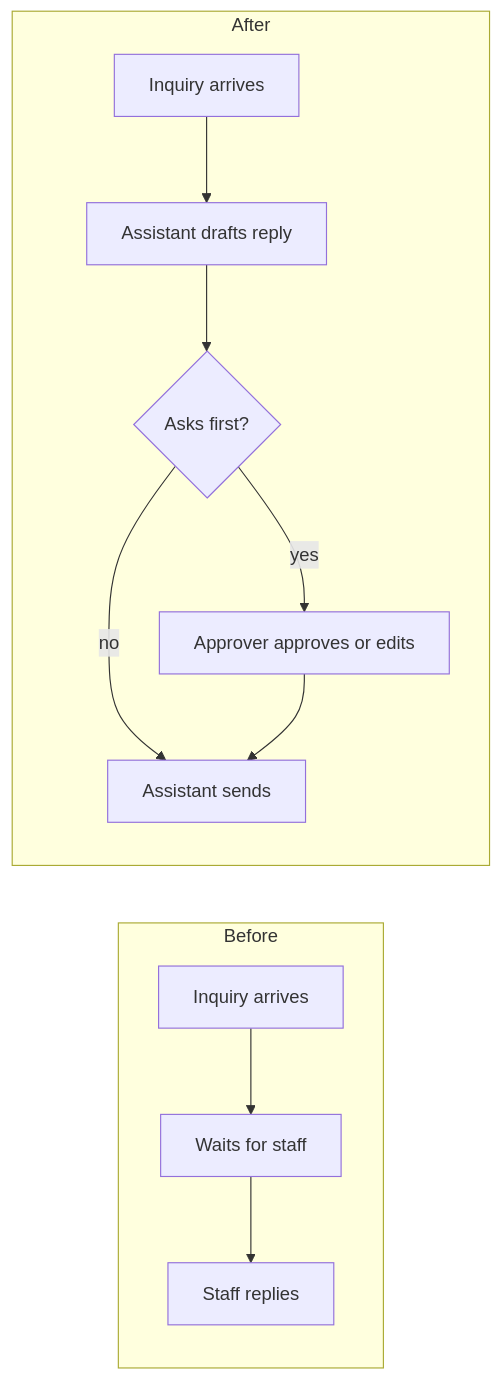
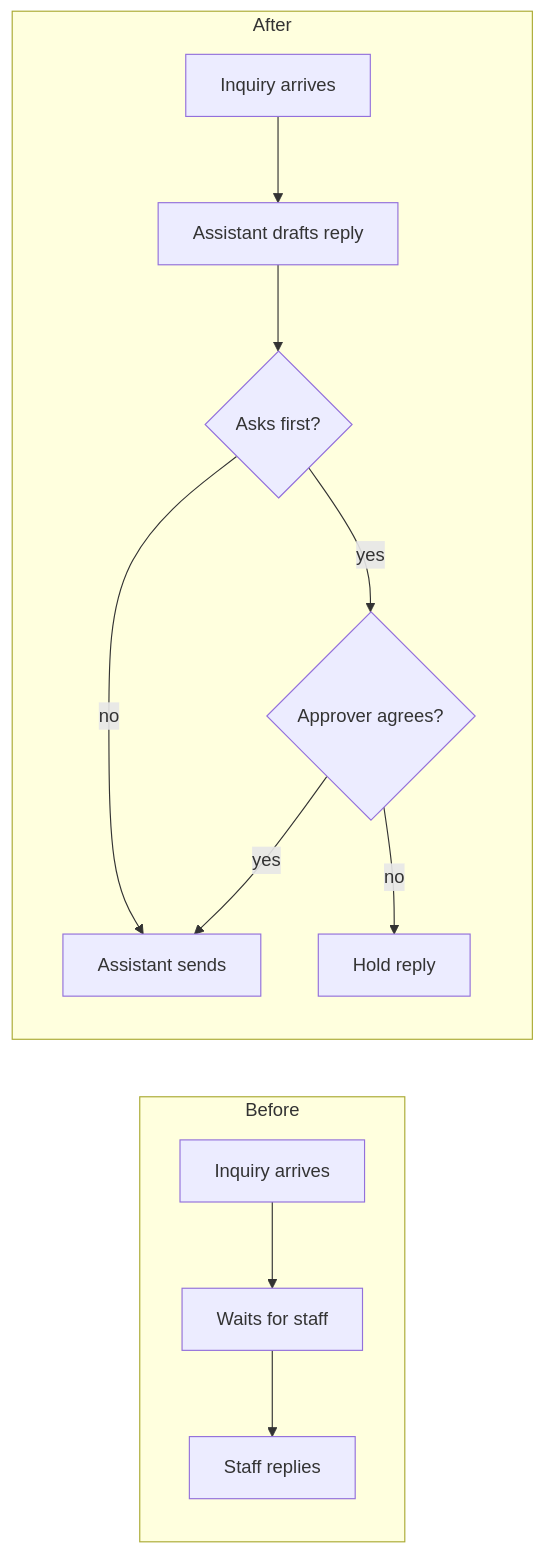
Before and after one commit to Revenue-Architect/ai-opportunity-diagnostic: the diagram in references/report.md, drawn with Mermaid. The commit also changed other lines of this file and 7 other files, not shown here.

````diff
--- a/references/report.md
+++ b/references/report.md
@@ -29,11 +29,13 @@
 ```mermaid
 flowchart LR
   subgraph Before
     A1[Inquiry arrives] --> A2[Waits for staff] --> A3[Staff replies]
   end
   subgraph After
     B1[Inquiry arrives] --> B2[Assistant drafts reply] --> B3{Asks first?}
     B3 -- no --> B4[Assistant sends]
-    B3 -- yes --> B5[Approver approves or edits] --> B4
+    B3 -- yes --> B5{Approver agrees?}
+    B5 -- yes --> B4
+    B5 -- no --> B6[Hold reply]
   end
 ```
````
